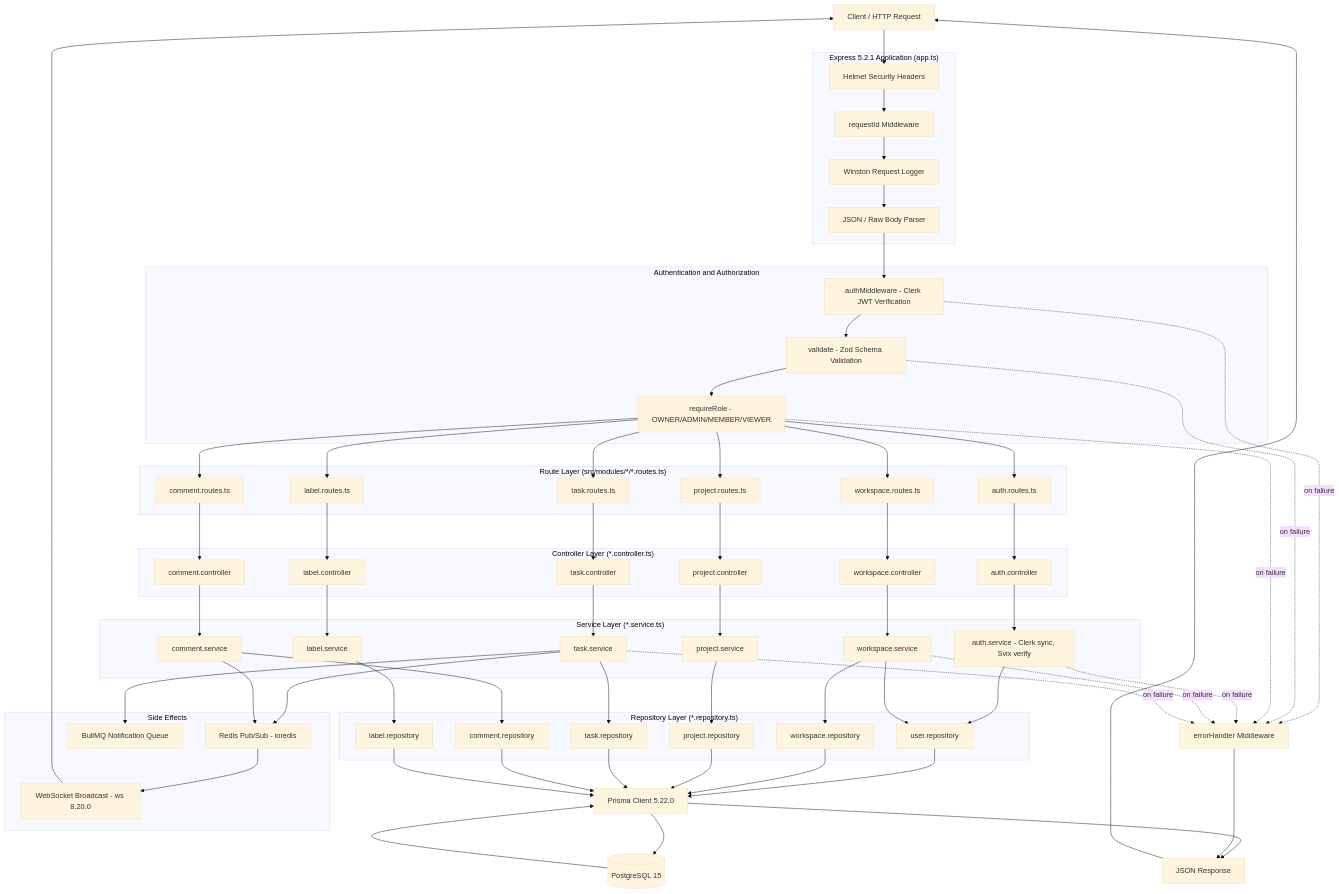
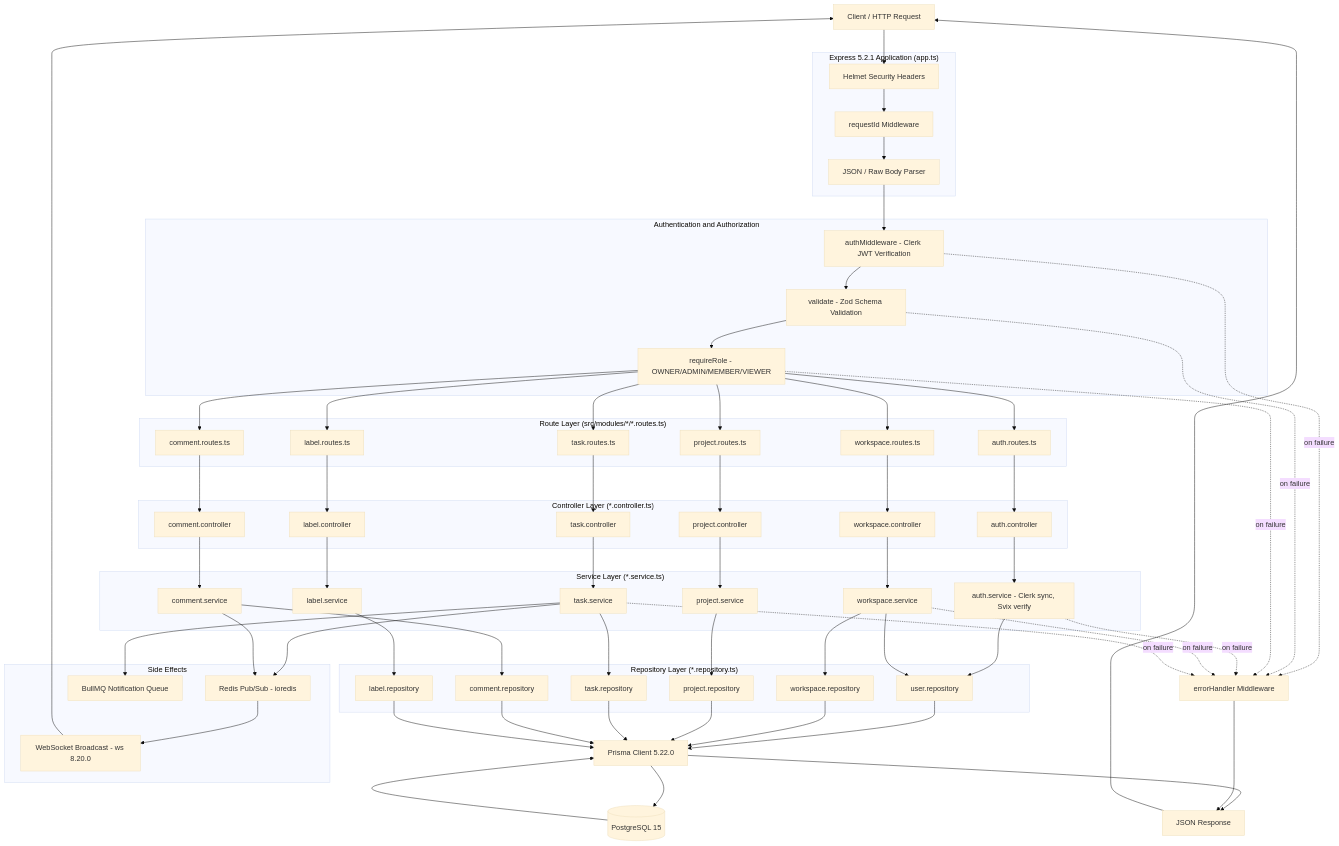
The diagram in docs/architecture/mvc-flow.md (Akhilesh-Singh-0/flowspace), drawn with Mermaid (base theme) before and after one commit. The commit also changed other lines of this file and 31 other files, not shown here.

```diff
--- a/docs/architecture/mvc-flow.md
+++ b/docs/architecture/mvc-flow.md
@@ -29,7 +28,6 @@
     subgraph Express["Express 5.2.1 Application (app.ts)"]
         Helmet[Helmet Security Headers]
         RequestId[requestId Middleware]
-        Logger[Winston Request Logger]
         BodyParser[JSON / Raw Body Parser]
     end
 
@@ -88,8 +86,7 @@
 
     Client --> Helmet
     Helmet --> RequestId
-    RequestId --> Logger
-    Logger --> BodyParser
+    RequestId --> BodyParser
     BodyParser --> ClerkAuth
     ClerkAuth --> Validate
     Validate --> RBAC
```
